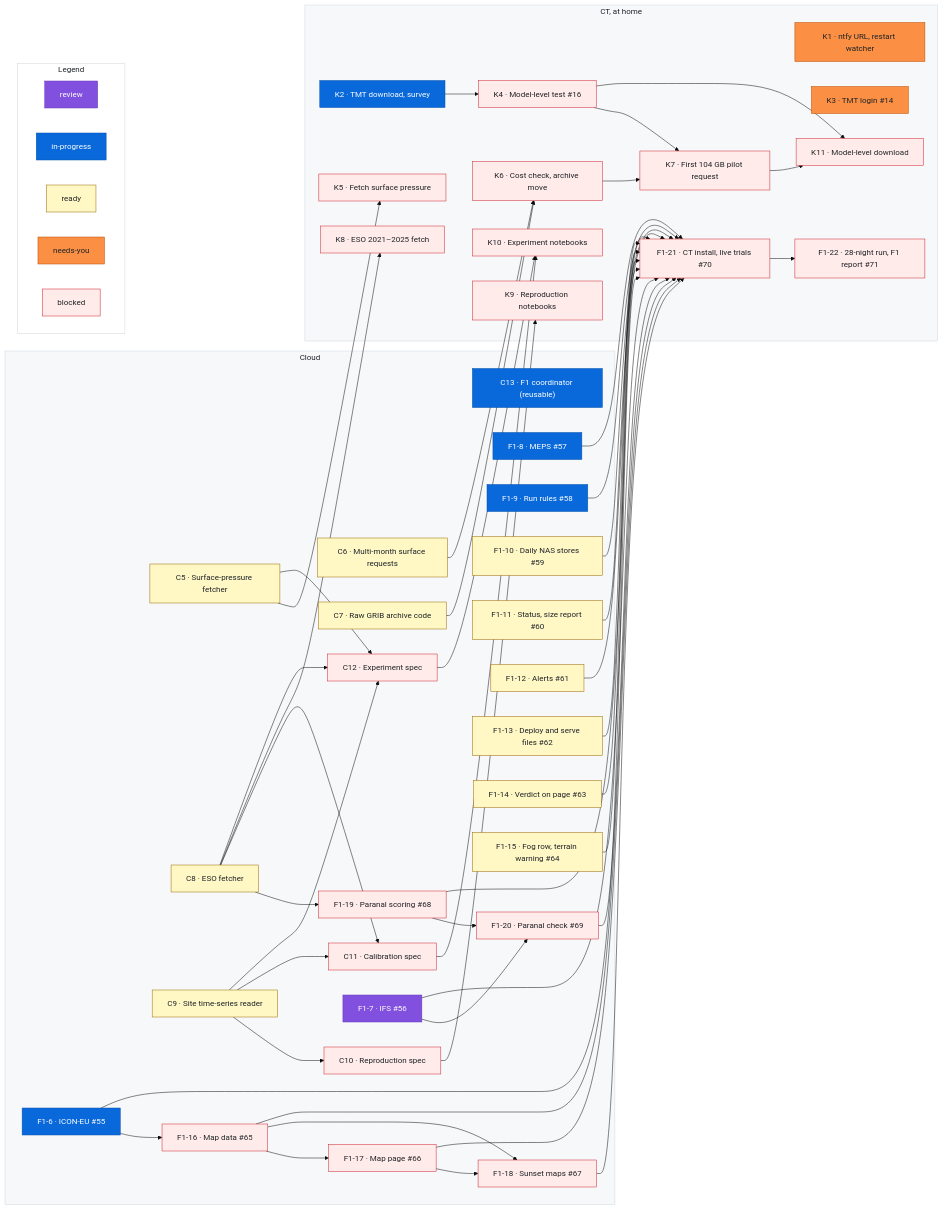
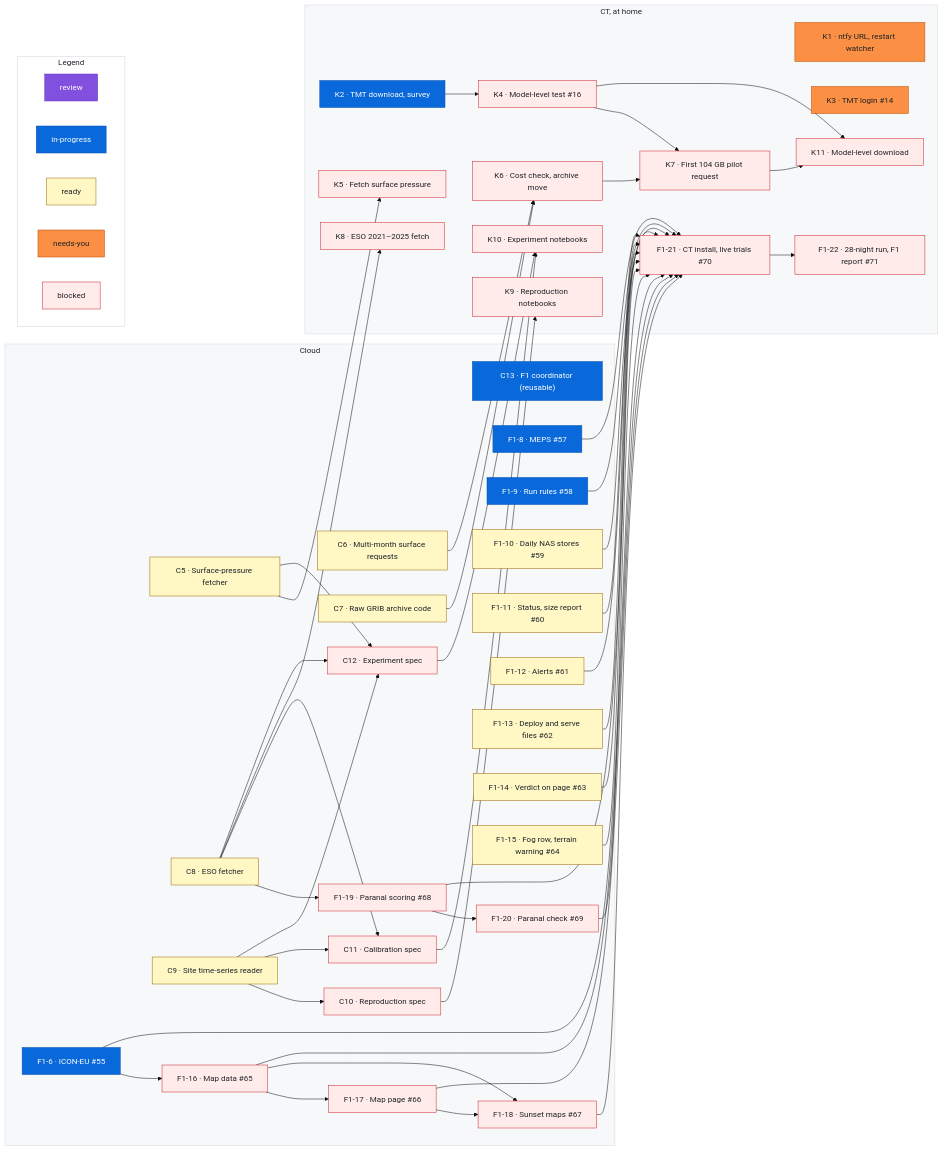
Before and after one commit to rrweller/Astro-seeing: the diagram in docs/roadmap.md, drawn with Mermaid (base theme). The commit also changed other lines of this file, not shown here.

First line of the commit message:
roadmap: remove F1-7 (#83 merged)

```diff
--- a/docs/roadmap.md
+++ b/docs/roadmap.md
@@ -109,7 +107,6 @@
     C12["C12 · Experiment spec"]
     C13["C13 · F1 coordinator (reusable)"]
     F1_6["F1-6 · ICON-EU #55"]
-    F1_7["F1-7 · IFS #56"]
     F1_8["F1-8 · MEPS #57"]
     F1_9["F1-9 · Run rules #58"]
     F1_10["F1-10 · Daily NAS stores #59"]
@@ -144,10 +141,8 @@
   F1_16 --> F1_18
   F1_17 --> F1_18
   C8 --> F1_19
-  F1_7 --> F1_20
   F1_19 --> F1_20
   F1_6 --> F1_21
-  F1_7 --> F1_21
   F1_8 --> F1_21
   F1_9 --> F1_21
   F1_10 --> F1_21
@@ -215,8 +210,6 @@
   %% ---
   class F1_6 inprogress
   %% ---
-  class F1_7 review
-  %% ---
   class F1_8 inprogress
   %% ---
   class F1_9 inprogress
```
